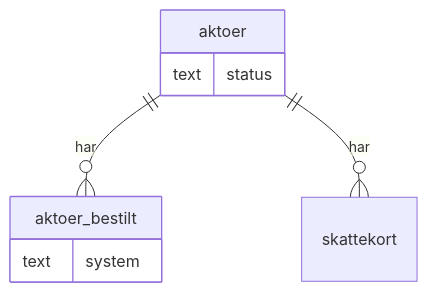
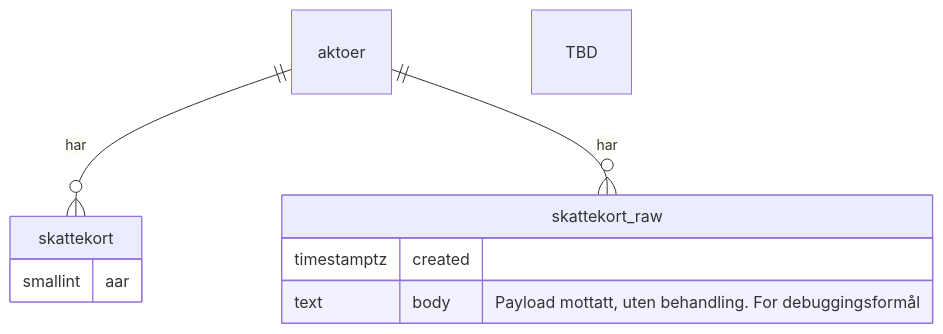
Before and after one commit to navikt/sokos-skattekort: the fifth of 5 diagrams in README.md, drawn with Mermaid. The commit also changed other lines of this file and 10 other files, not shown here.

````diff
--- a/README.md
+++ b/README.md
@@ -113,11 +162,13 @@
 ```mermaid
 erDiagram
-    aktoer ||--o{ aktoer_bestilt: har
-    aktoer{
-        text status
+    aktoer ||--o{ skattekort: har
+    aktoer ||--o{ skattekort_raw: har
+    skattekort {
+        smallint aar 
     }
-    aktoer_bestilt{
-        text system
+    skattekort_raw {
+        timestamptz  created
+        text         body "Payload mottatt, uten behandling. For debuggingsformål"
     }
-    aktoer ||--o{ skattekort: har
+    TBD
 ```
````
